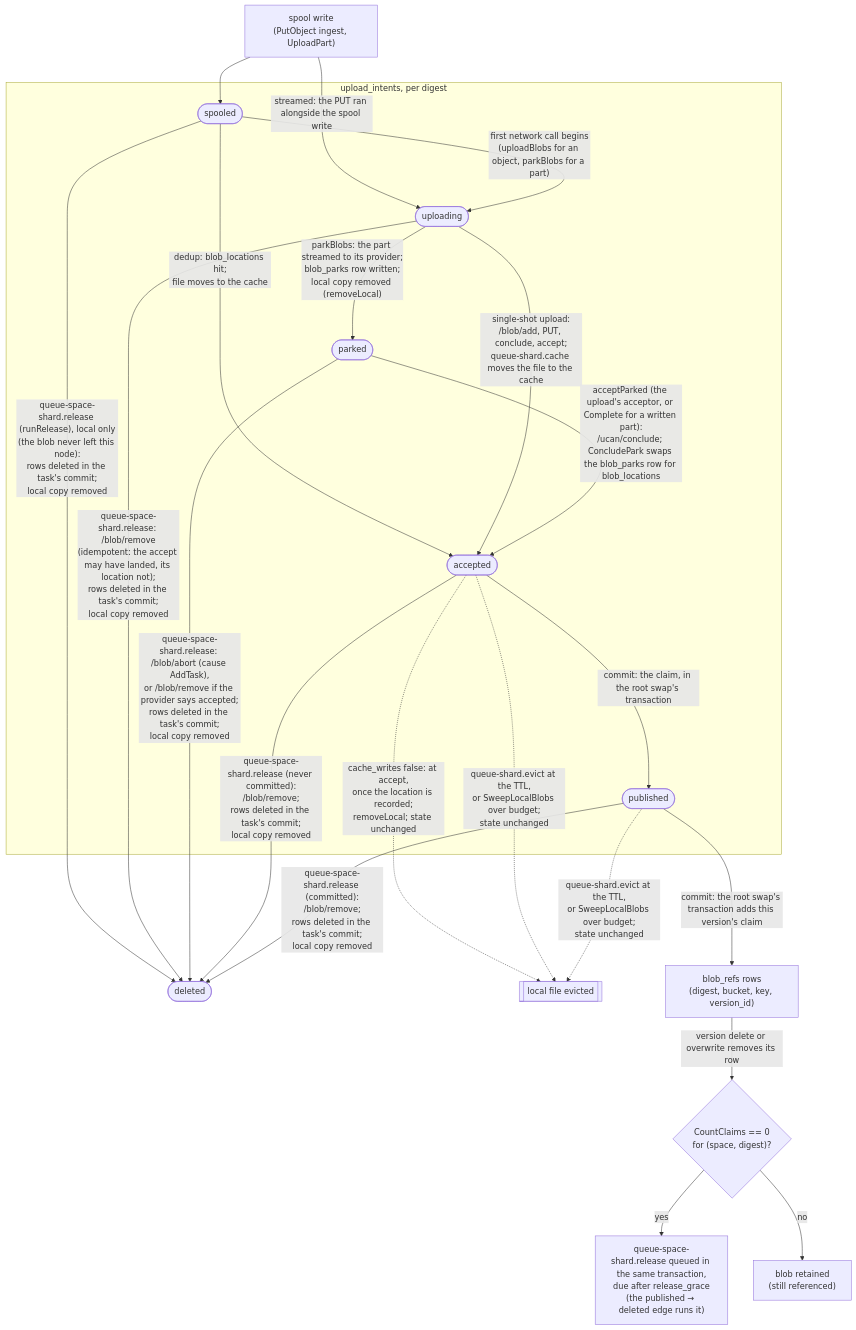
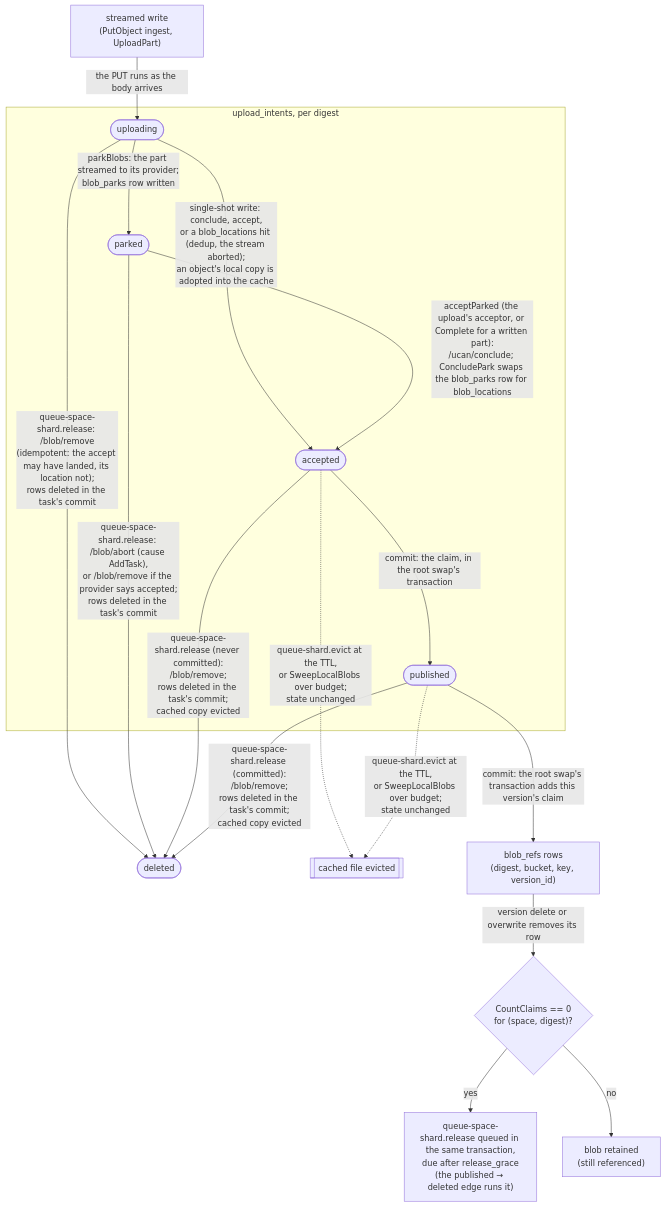
Before and after one commit to fil-forge/ingot: the ninth of 15 diagrams in docs/diagrams.md, drawn with Mermaid. The commit also changed other lines of this file and 84 other files, not shown here.

First line of the commit message:
refactor: stream every object blob and remove the spool (#346)

````diff
--- a/docs/diagrams.md
+++ b/docs/diagrams.md
@@ -702,34 +698,28 @@
 ```mermaid
 flowchart TB
-    W["spool write<br/>(PutObject ingest, UploadPart)"] --> spooled
-    W -->|"streamed: the PUT ran alongside the spool write"| uploading
+    W["streamed write<br/>(PutObject ingest, UploadPart)"] -->|"the PUT runs as the body arrives"| uploading
 
     subgraph intents["upload_intents, per digest"]
-        spooled([spooled])
         uploading([uploading])
         parked([parked])
         accepted([accepted])
         published([published])
     end
 
-    spooled -->|"dedup: blob_locations hit;<br/>file moves to the cache"| accepted
-    spooled -->|"first network call begins<br/>(uploadBlobs for an object, parkBlobs for a part)"| uploading
-    uploading -->|"single-shot upload:<br/>/blob/add, PUT, conclude, accept;<br/>queue-shard.cache moves the file to the cache"| accepted
-    uploading -->|"parkBlobs: the part streamed to its provider;<br/>blob_parks row written;<br/>local copy removed (removeLocal)"| parked
+    uploading -->|"single-shot write: conclude, accept,<br/>or a blob_locations hit (dedup, the stream aborted);<br/>an object's local copy is adopted into the cache"| accepted
+    uploading -->|"parkBlobs: the part streamed to its provider;<br/>blob_parks row written"| parked
     parked -->|"acceptParked (the upload's acceptor, or Complete for a written part):<br/>/ucan/conclude; ConcludePark swaps the blob_parks row for blob_locations"| accepted
-    spooled -->|"queue-space-shard.release (runRelease), local only<br/>(the blob never left this node):<br/>rows deleted in the task's commit;<br/>local copy removed"| gone([deleted])
-    uploading -->|"queue-space-shard.release: /blob/remove<br/>(idempotent: the accept may have landed, its location not);<br/>rows deleted in the task's commit;<br/>local copy removed"| gone
-    parked -->|"queue-space-shard.release: /blob/abort (cause AddTask),<br/>or /blob/remove if the provider says accepted;<br/>rows deleted in the task's commit;<br/>local copy removed"| gone
-    accepted -->|"queue-space-shard.release (never committed):<br/>/blob/remove;<br/>rows deleted in the task's commit;<br/>local copy removed"| gone
-    published -->|"queue-space-shard.release (committed):<br/>/blob/remove;<br/>rows deleted in the task's commit;<br/>local copy removed"| gone
+    uploading -->|"queue-space-shard.release: /blob/remove<br/>(idempotent: the accept may have landed, its location not);<br/>rows deleted in the task's commit"| gone([deleted])
+    parked -->|"queue-space-shard.release: /blob/abort (cause AddTask),<br/>or /blob/remove if the provider says accepted;<br/>rows deleted in the task's commit"| gone
+    accepted -->|"queue-space-shard.release (never committed):<br/>/blob/remove;<br/>rows deleted in the task's commit;<br/>cached copy evicted"| gone
+    published -->|"queue-space-shard.release (committed):<br/>/blob/remove;<br/>rows deleted in the task's commit;<br/>cached copy evicted"| gone
 
     accepted -->|"commit: the claim, in the root swap's transaction"| published
 
-    accepted -.->|"cache_writes false: at accept,<br/>once the location is recorded;<br/>removeLocal; state unchanged"| evicted[["local file evicted"]]
-    accepted -.->|"queue-shard.evict at the TTL,<br/>or SweepLocalBlobs over budget;<br/>state unchanged"| evicted
+    accepted -.->|"queue-shard.evict at the TTL,<br/>or SweepLocalBlobs over budget;<br/>state unchanged"| evicted[["cached file evicted"]]
     published -.->|"queue-shard.evict at the TTL,<br/>or SweepLocalBlobs over budget;<br/>state unchanged"| evicted
     published -->|"commit: the root swap's transaction adds this version's claim"| refs["blob_refs rows<br/>(digest, bucket, key, version_id)"]
     refs -->|"version delete or overwrite removes its row"| zero{"CountClaims == 0<br/>for (space, digest)?"}
     zero -->|yes| rel["queue-space-shard.release queued in the same transaction,<br/>due after release_grace<br/>(the published → deleted edge runs it)"]
     zero -->|no| keep["blob retained<br/>(still referenced)"]
 ```
````
